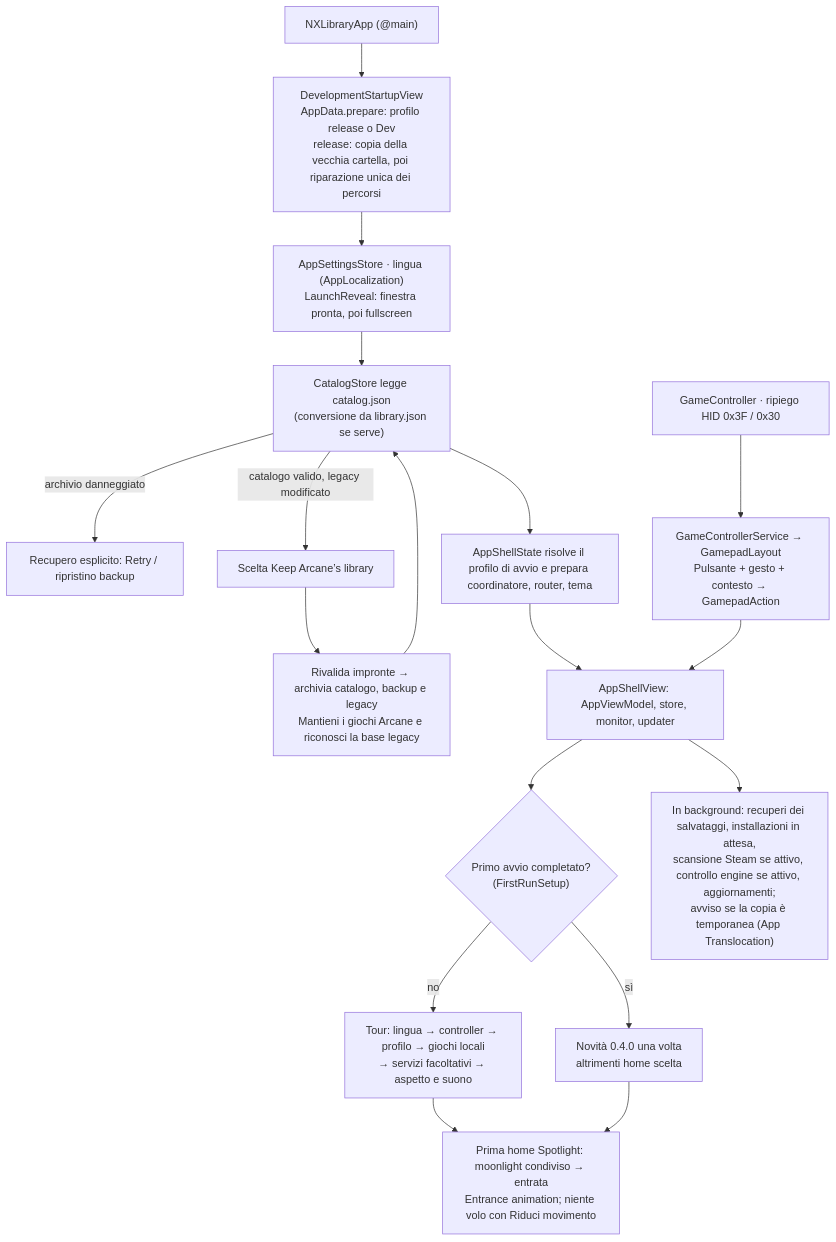
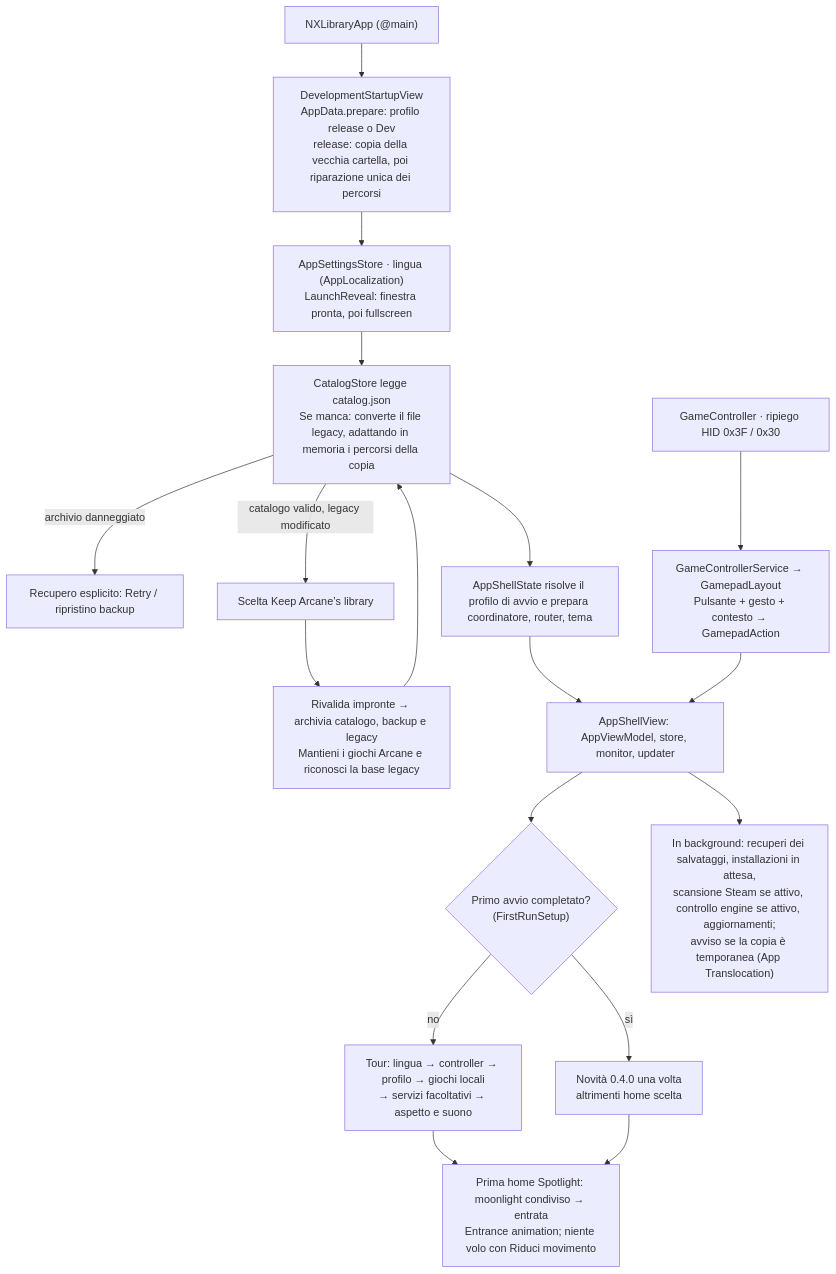
The first of 9 diagrams in docs/how-it-works/flows.md (sofianbll/oort-nx), drawn with Mermaid before and after one commit. The commit also changed other lines of this file and 11 other files, not shown here.

````diff
--- a/docs/how-it-works/flows.md
+++ b/docs/how-it-works/flows.md
@@ -18,20 +18,20 @@
 ```mermaid
 flowchart TD
     A["NXLibraryApp (@main)"] --> B["DevelopmentStartupView<br/>AppData.prepare: profilo release o Dev<br/>release: copia della vecchia cartella, poi riparazione unica dei percorsi"]
     B --> C["AppSettingsStore · lingua (AppLocalization)<br/>LaunchReveal: finestra pronta, poi fullscreen"]
-    C --> D["CatalogStore legge catalog.json<br/>(conversione da library.json se serve)"]
+    C --> D["CatalogStore legge catalog.json<br/>Se manca: converte il file legacy, adattando in memoria i percorsi della copia"]
     D -->|"archivio danneggiato"| R["Recupero esplicito: Retry / ripristino backup"]
     D -->|"catalogo valido, legacy modificato"| L["Scelta Keep Arcane’s library"]
     L --> LA["Rivalida impronte → archivia catalogo, backup e legacy<br/>Mantieni i giochi Arcane e riconosci la base legacy"]
     LA --> D
     D --> E["AppShellState risolve il profilo di avvio e prepara coordinatore, router, tema"]
     E --> F["AppShellView: AppViewModel, store, monitor, updater"]
     F --> G{"Primo avvio completato?<br/>(FirstRunSetup)"}
     G -->|"no"| H["Tour: lingua → controller → profilo → giochi locali<br/>→ servizi facoltativi → aspetto e suono"]
     G -->|"sì"| I["Novità 0.4.0 una volta<br/>altrimenti home scelta"]
     H --> K["Prima home Spotlight: moonlight condiviso → entrata<br/>Entrance animation; niente volo con Riduci movimento"]
     I --> K
     F --> J["In background: recuperi dei salvataggi, installazioni in attesa,<br/>scansione Steam se attivo, controllo engine se attivo, aggiornamenti;<br/>avviso se la copia è temporanea (App Translocation)"]
     P["GameController · ripiego HID 0x3F / 0x30"] --> Q["GameControllerService → GamepadLayout<br/>Pulsante + gesto + contesto → GamepadAction"]
     Q --> F
 ```
````
